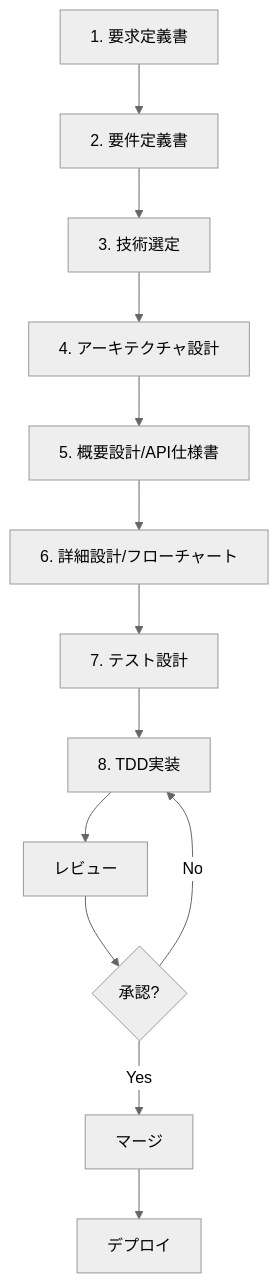
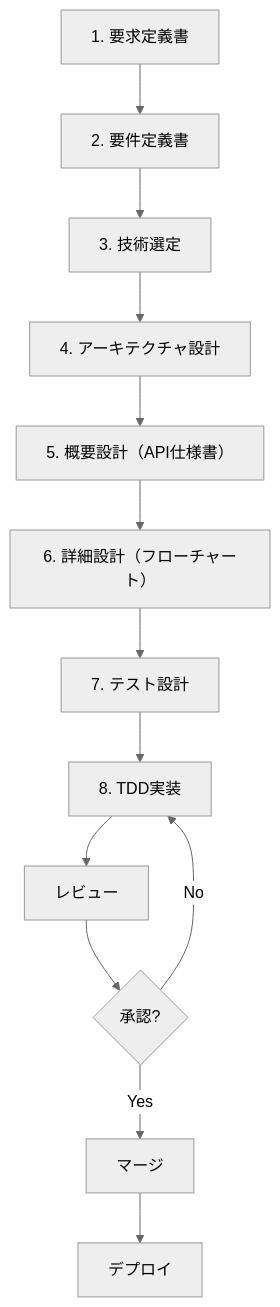
The diagram in docs/development-flow.md (norinoriver/ai-multi-agent), drawn with Mermaid (neutral theme) before and after one commit. The commit also changed other lines of this file, not shown here.

First line of the commit message:
fix: development-flow.mdのMarkdown形式を修正

````diff
--- a/docs/development-flow.md
+++ b/docs/development-flow.md
@@ -5,15 +5,15 @@
 ```mermaid
-graph TD
-    A[1. 要求定義書] --> B[2. 要件定義書]
-    B --> C[3. 技術選定]
-    C --> D[4. アーキテクチャ設計]
-    D --> E[5. 概要設計/API仕様書]
-    E --> F[6. 詳細設計/フローチャート]
-    F --> G[7. テスト設計]
-    G --> H[8. TDD実装]
-    H --> I[レビュー]
-    I --> J{承認?}
-    J -->|Yes| K[マージ]
+flowchart TD
+    A["1. 要求定義書"] --> B["2. 要件定義書"]
+    B --> C["3. 技術選定"]
+    C --> D["4. アーキテクチャ設計"]
+    D --> E["5. 概要設計（API仕様書）"]
+    E --> F["6. 詳細設計（フローチャート）"]
+    F --> G["7. テスト設計"]
+    G --> H["8. TDD実装"]
+    H --> I["レビュー"]
+    I --> J{"承認?"}
+    J -->|Yes| K["マージ"]
     J -->|No| H
-    K --> L[デプロイ]
+    K --> L["デプロイ"]
 ```
````
